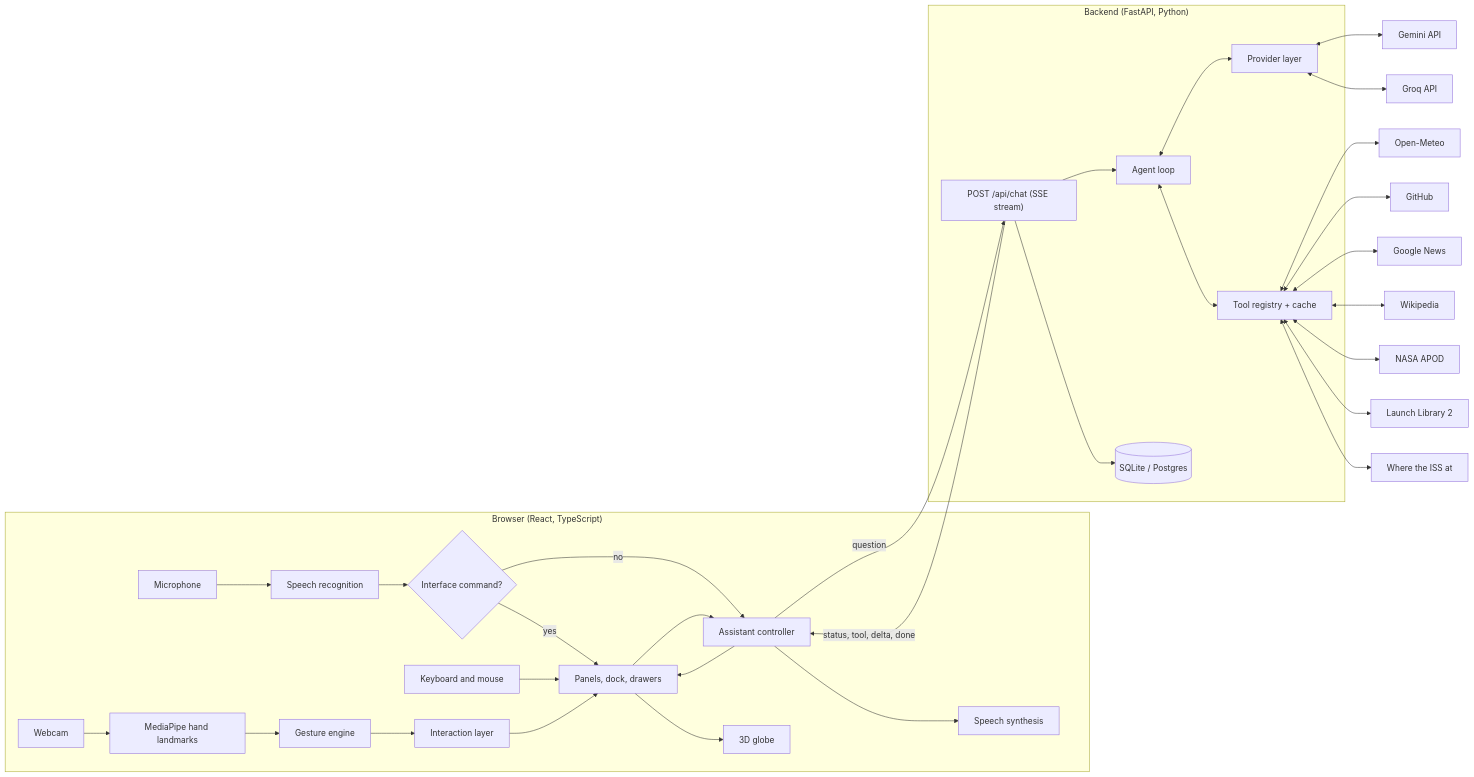
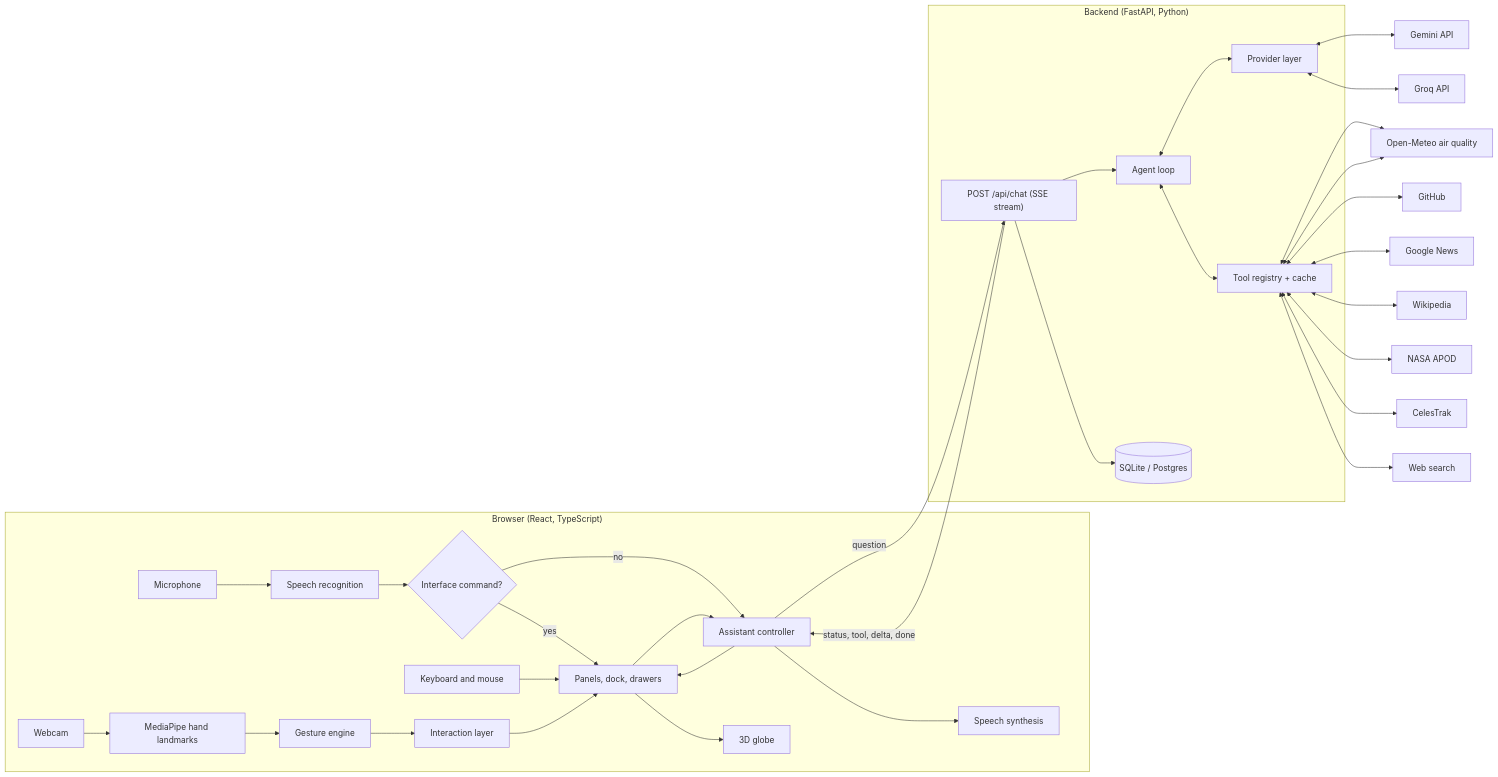
One commit to SanjayK075/Aura-Multimodal-AI-Assistant-Voice-gesture-and-Text- changed the diagram in docs/ARCHITECTURE.md. Above: the diagram before and after it, drawn with Mermaid. The commit also changed other lines of this file and 96 other files, not shown here.

````diff
--- a/docs/ARCHITECTURE.md
+++ b/docs/ARCHITECTURE.md
@@ -5,38 +5,39 @@
 ```mermaid
 flowchart LR
     subgraph Browser["Browser (React, TypeScript)"]
         CAM[Webcam] --> MP[MediaPipe hand landmarks]
         MP --> GE[Gesture engine]
         GE --> IN[Interaction layer]
         MIC[Microphone] --> SR[Speech recognition]
         SR --> VC{Interface command?}
         VC -- yes --> UI
         VC -- no --> AS[Assistant controller]
         KB[Keyboard and mouse] --> UI[Panels, dock, drawers]
         IN --> UI
         UI --> AS
         AS --> TTS[Speech synthesis]
         AS --> UI
         UI --> GL[3D globe]
     end
 
     subgraph Backend["Backend (FastAPI, Python)"]
         API["POST /api/chat (SSE stream)"] --> LOOP[Agent loop]
         LOOP <--> LLM[Provider layer]
         LOOP <--> REG[Tool registry + cache]
         API --> DB[(SQLite / Postgres)]
     end
 
     AS -- question --> API
     API -- "status, tool, delta, done" --> AS
 
     LLM <--> GEM[Gemini API]
     LLM <--> GRQ[Groq API]
     REG <--> OM[Open-Meteo]
     REG <--> GH[GitHub]
     REG <--> GN[Google News]
     REG <--> WP[Wikipedia]
     REG <--> NASA[NASA APOD]
-    REG <--> LL[Launch Library 2]
-    REG <--> ISS[Where the ISS at]
+    REG <--> OM[Open-Meteo air quality]
+    REG <--> CT[CelesTrak]
+    REG <--> WS[Web search]
 ```
````
